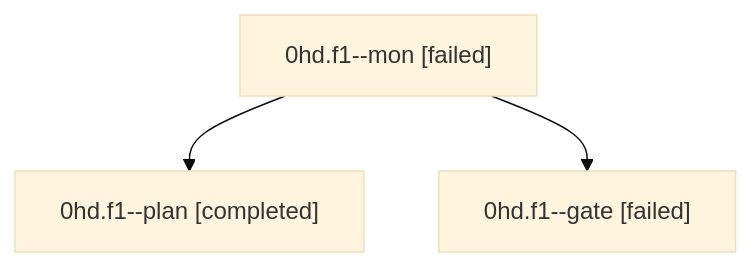
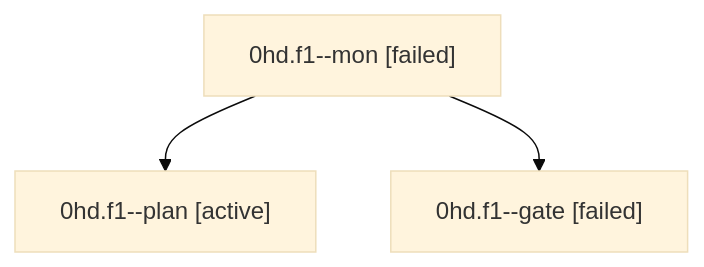
One commit to sase-org/sase--agents changed the diagram in families/bbugyi200.athena.0hd.f1.md. Above: the diagram before and after it, drawn with Mermaid (base theme). The commit also changed other lines of this file and 35830 other files, not shown here.

````diff
--- a/families/bbugyi200.athena.0hd.f1.md
+++ b/families/bbugyi200.athena.0hd.f1.md
@@ -9,8 +9,8 @@
 ```mermaid
 flowchart TD
   n0["0hd.f1--mon [failed]"]
-  n1["0hd.f1--plan [completed]"]
+  n1["0hd.f1--plan [active]"]
   n0 --> n1
   n2["0hd.f1--gate [failed]"]
   n0 --> n2
 ```
````
